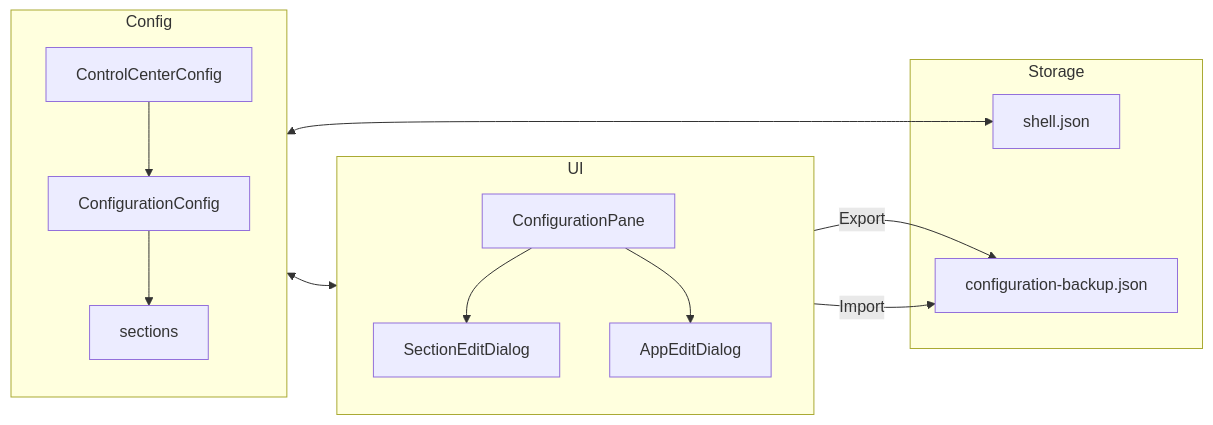
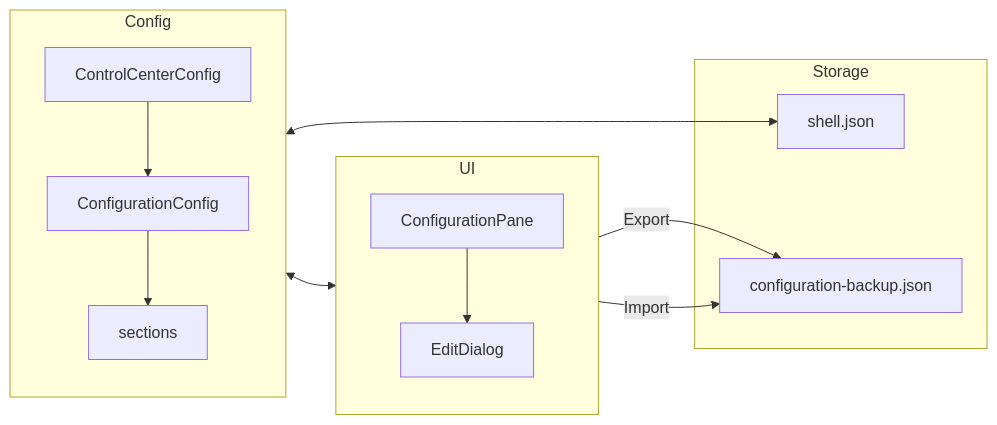
The diagram in docs/plan-and-implementation/29-apps-integration.md (pereiraoc/shell), drawn with Mermaid before and after one commit. The commit also changed other lines of this file and 23 other files, not shown here.

````diff
--- a/docs/plan-and-implementation/29-apps-integration.md
+++ b/docs/plan-and-implementation/29-apps-integration.md
@@ -59,27 +55,25 @@
 ```mermaid
 flowchart LR
     subgraph Config [Config]
         CC[ControlCenterConfig]
         Conf[ConfigurationConfig]
         CC --> Conf
         Conf --> Sections[sections]
     end
     
     subgraph UI [UI]
         CP[ConfigurationPane]
-        SED[SectionEditDialog]
-        AED[AppEditDialog]
-        CP --> SED
-        CP --> AED
+        ED[EditDialog]
+        CP --> ED
     end
     
     subgraph Storage [Storage]
         JSON[shell.json]
         Backup[configuration-backup.json]
     end
     
     Config <--> UI
     Config <--> JSON
     UI -->|Export| Backup
     UI -->|Import| Backup
 ```
````
